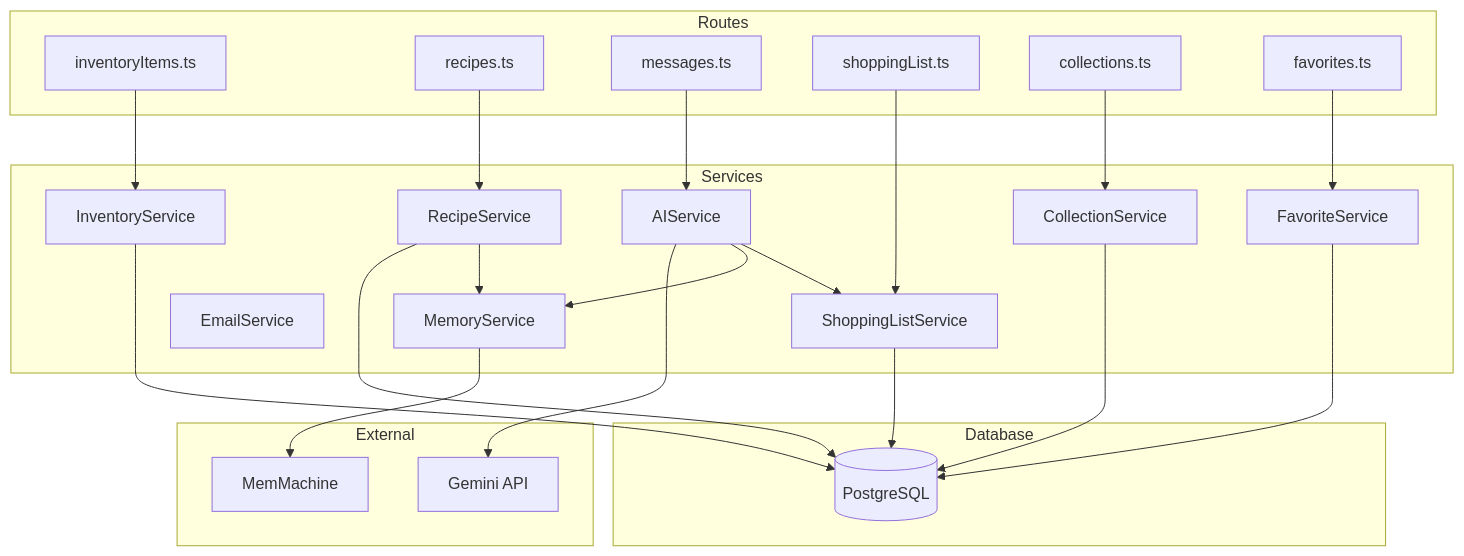
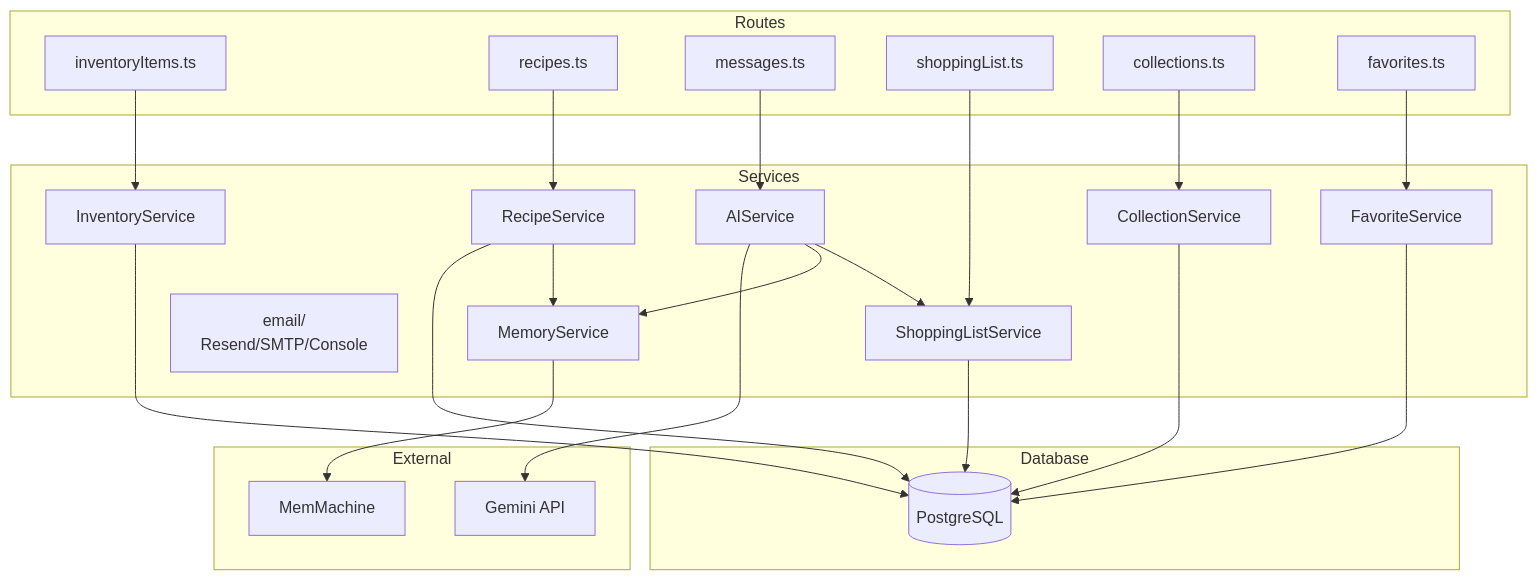
One commit to JLawMcGraw/alchemix changed the sixth of 12 diagrams in Documentation/ARCHITECTURE.md. Above: the diagram before and after it, drawn with Mermaid. The commit also changed other lines of this file and 23 other files, not shown here.

First line of the commit message:
feat(email): refactor email service to modular provider architecture

````diff
--- a/Documentation/ARCHITECTURE.md
+++ b/Documentation/ARCHITECTURE.md
@@ -452,50 +456,50 @@
 ```mermaid
 graph TB
     subgraph Routes
         R1[inventoryItems.ts]
         R2[recipes.ts]
         R3[messages.ts]
         R4[shoppingList.ts]
         R5[collections.ts]
         R6[favorites.ts]
     end
 
     subgraph Services
         S1[InventoryService]
         S2[RecipeService]
         S3[MemoryService]
         S4[CollectionService]
         S5[FavoriteService]
-        S6[EmailService]
+        S6[email/<br/>Resend/SMTP/Console]
         S7[AIService]
         S8[ShoppingListService]
     end
 
     subgraph Database
         DB[(PostgreSQL)]
     end
 
     subgraph External
         Gemini[Gemini API]
         MM[MemMachine]
     end
 
     R1 --> S1
     R2 --> S2
     R3 --> S7
     R4 --> S8
     R5 --> S4
     R6 --> S5
 
     S1 --> DB
     S2 --> DB
     S4 --> DB
     S5 --> DB
     S8 --> DB
 
     S7 --> Gemini
     S7 --> S3
     S7 --> S8
     S3 --> MM
     S2 --> S3
 ```
````
